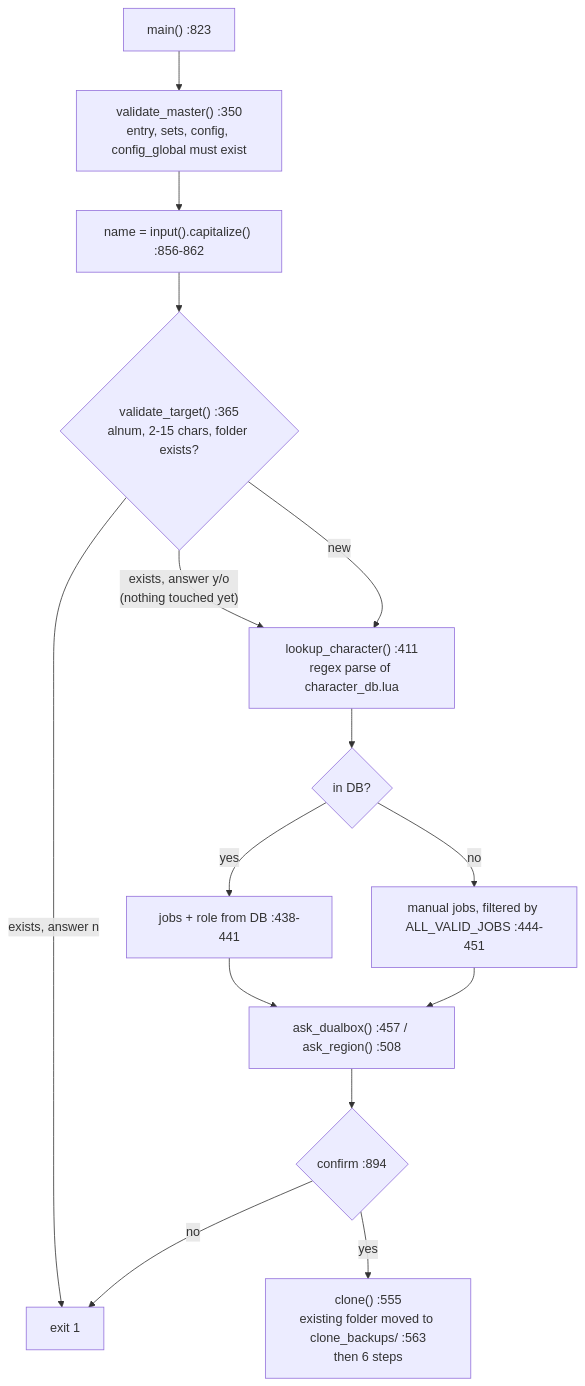
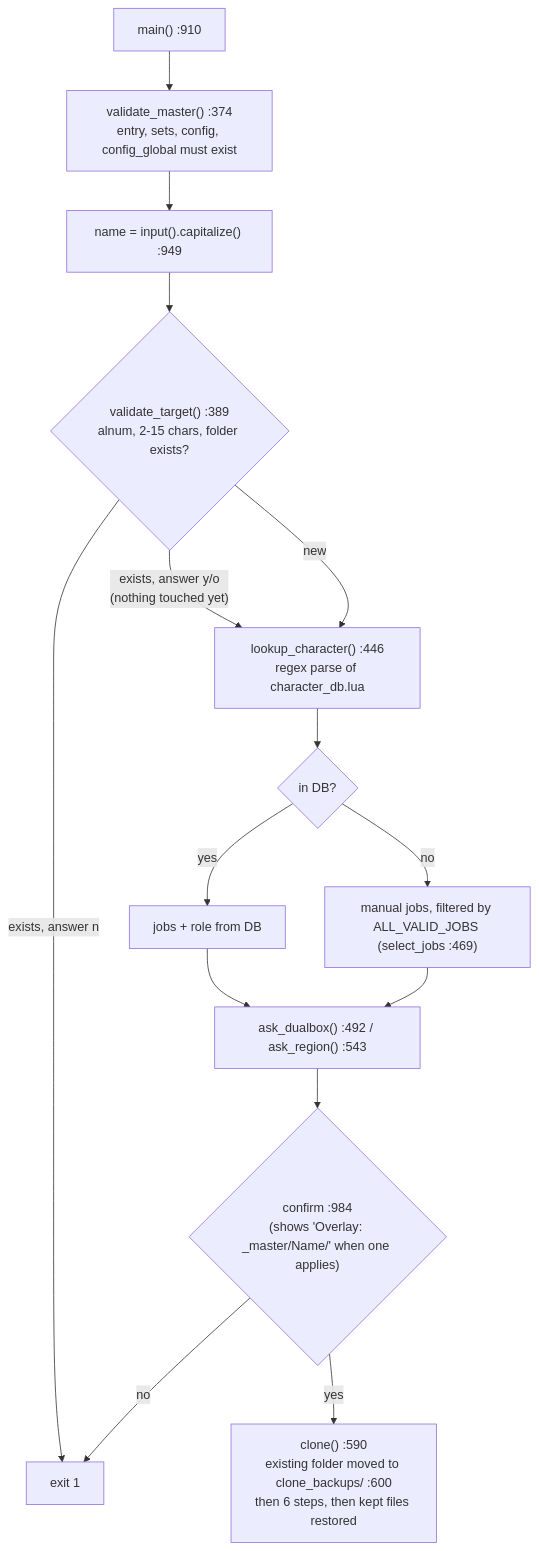
Before and after one commit to ejouanchicot/Gearswap: the diagram in docs/dev/architecture/characters-and-templates.md, drawn with Mermaid. The commit also changed other lines of this file and 81 other files, not shown here.

````diff
--- a/docs/dev/architecture/characters-and-templates.md
+++ b/docs/dev/architecture/characters-and-templates.md
@@ -69,17 +69,17 @@
 ```mermaid
 flowchart TD
-    A["main() :823"] --> B["validate_master() :350<br/>entry, sets, config, config_global must exist"]
-    B --> C["name = input().capitalize() :856-862"]
-    C --> D{"validate_target() :365<br/>alnum, 2-15 chars, folder exists?"}
-    D -- "exists, answer y/o<br/>(nothing touched yet)" --> F["lookup_character() :411<br/>regex parse of character_db.lua"]
+    A["main() :910"] --> B["validate_master() :374<br/>entry, sets, config, config_global must exist"]
+    B --> C["name = input().capitalize() :949"]
+    C --> D{"validate_target() :389<br/>alnum, 2-15 chars, folder exists?"}
+    D -- "exists, answer y/o<br/>(nothing touched yet)" --> F["lookup_character() :446<br/>regex parse of character_db.lua"]
     D -- "exists, answer n" --> X["exit 1"]
     D -- "new" --> F
     F --> G{"in DB?"}
-    G -- yes --> H["jobs + role from DB :438-441"]
-    G -- no --> I["manual jobs, filtered by ALL_VALID_JOBS :444-451"]
-    H --> J["ask_dualbox() :457 / ask_region() :508"]
+    G -- yes --> H["jobs + role from DB"]
+    G -- no --> I["manual jobs, filtered by ALL_VALID_JOBS (select_jobs :469)"]
+    H --> J["ask_dualbox() :492 / ask_region() :543"]
     I --> J
-    J --> K{"confirm :894"}
+    J --> K{"confirm :984<br/>(shows 'Overlay: _master/Name/' when one applies)"}
     K -- no --> X
-    K -- yes --> L["clone() :555<br/>existing folder moved to clone_backups/ :563<br/>then 6 steps"]
+    K -- yes --> L["clone() :590<br/>existing folder moved to clone_backups/ :600<br/>then 6 steps, then kept files restored"]
 ```
````
